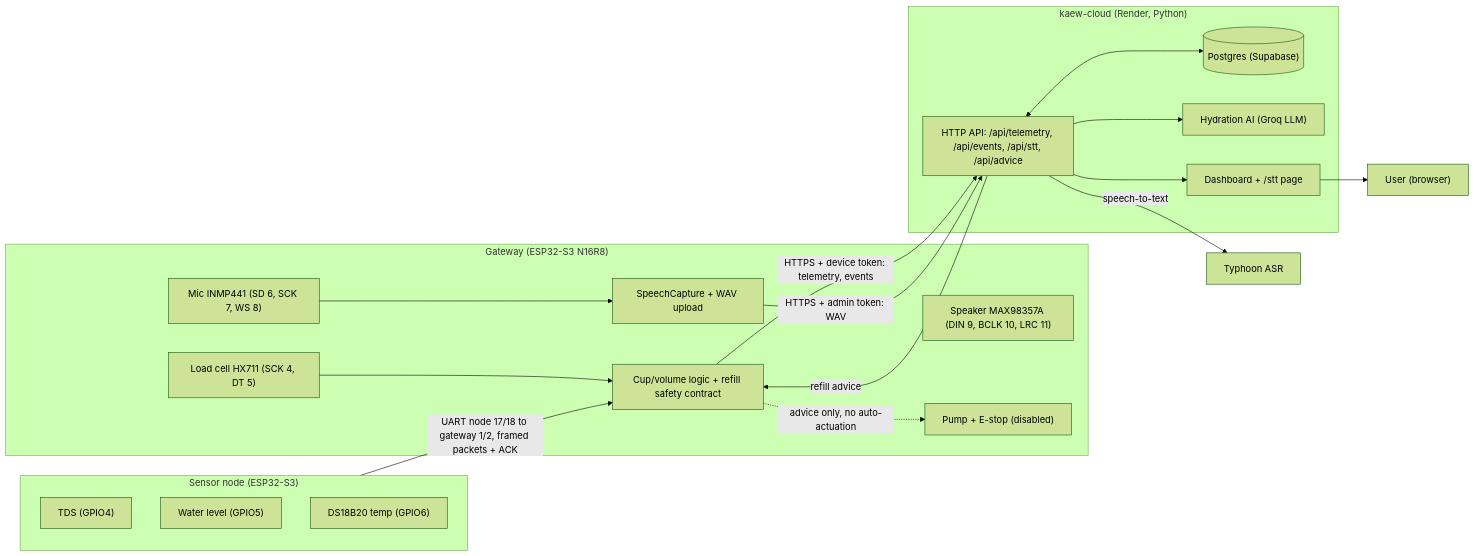
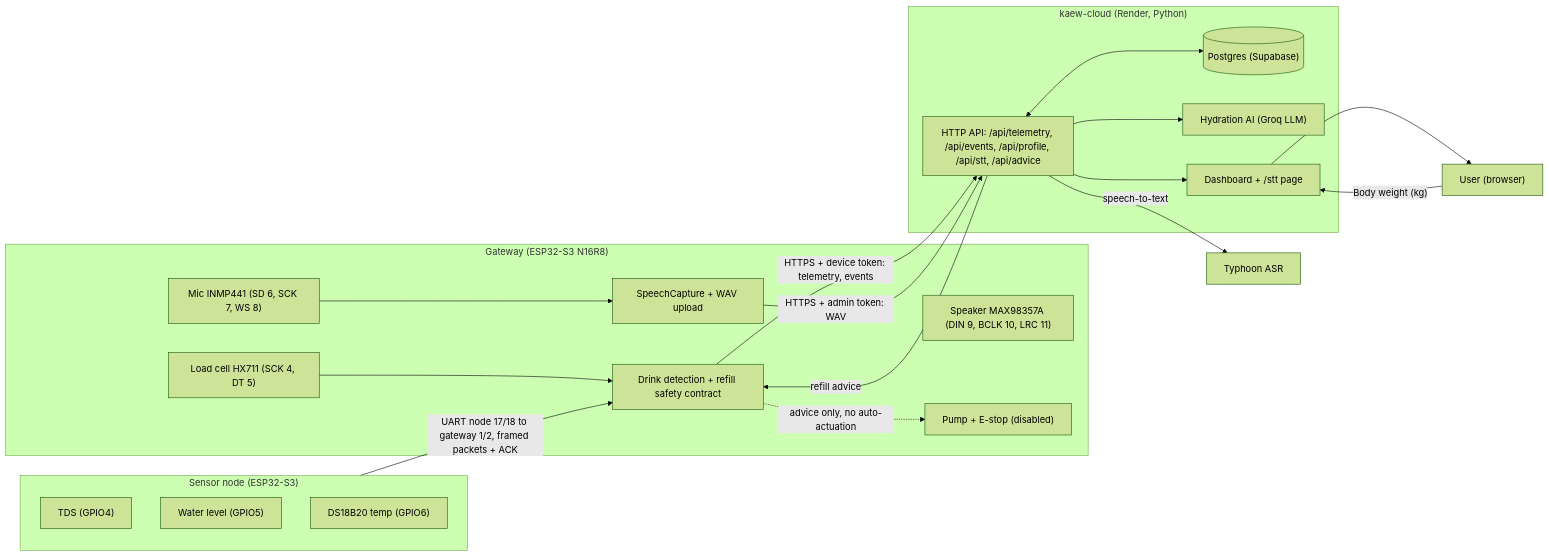
One commit to theanrawich/Kaew changed the diagram in docs/architecture.md. Above: the diagram before and after it, drawn with Mermaid (forest theme). The commit also changed other lines of this file and 27 other files, not shown here.

First line of the commit message:
AI-driven hydration, drink detection, Thai voice replies on speaker (#36)

````diff
--- a/docs/architecture.md
+++ b/docs/architecture.md
@@ -3,40 +3,41 @@
 ```mermaid
 flowchart LR
   subgraph Node["Sensor node (ESP32-S3)"]
     TDS["TDS (GPIO4)"]
     LVL["Water level (GPIO5)"]
     TMP["DS18B20 temp (GPIO6)"]
   end
 
   subgraph GW["Gateway (ESP32-S3 N16R8)"]
     LC["Load cell HX711 (SCK 4, DT 5)"]
     MIC["Mic INMP441 (SD 6, SCK 7, WS 8)"]
     SPK["Speaker MAX98357A (DIN 9, BCLK 10, LRC 11)"]
     PUMP["Pump + E-stop (disabled)"]
-    LOGIC["Cup/volume logic + refill safety contract"]
+    LOGIC["Drink detection + refill safety contract"]
     SPEECH["SpeechCapture + WAV upload"]
   end
 
   subgraph Cloud["kaew-cloud (Render, Python)"]
-    API["HTTP API: /api/telemetry, /api/events, /api/stt, /api/advice"]
+    API["HTTP API: /api/telemetry, /api/events, /api/profile, /api/stt, /api/advice"]
     DB[("Postgres (Supabase)")]
     AI["Hydration AI (Groq LLM)"]
     DASH["Dashboard + /stt page"]
   end
 
   TY["Typhoon ASR"]
   USER["User (browser)"]
 
   Node -- "UART node 17/18 to gateway 1/2, framed packets + ACK" --> LOGIC
   LC --> LOGIC
   MIC --> SPEECH
   LOGIC -. "advice only, no auto-actuation" .-> PUMP
   LOGIC -- "HTTPS + device token: telemetry, events" --> API
   SPEECH -- "HTTPS + admin token: WAV" --> API
   API -- "speech-to-text" --> TY
   API --> AI
   API <--> DB
   API -- "refill advice" --> LOGIC
   API --> DASH
   DASH --> USER
+  USER -- "Body weight (kg)" --> DASH
 ```
````
